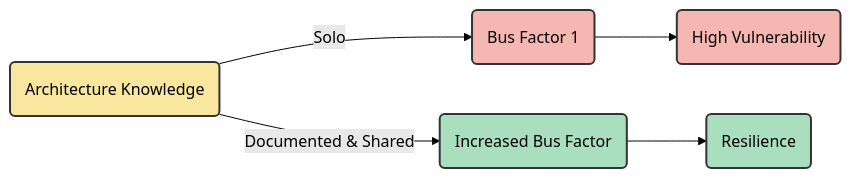
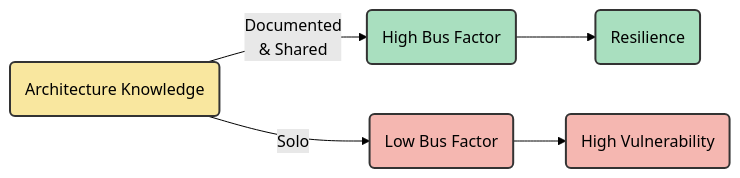
One commit to buckeye43210/markdown-to-snowkb changed the first of 11 diagrams in README.md. Above: the diagram before and after it, drawn with Mermaid (forest theme). The commit also changed other lines of this file, not shown here.

````diff
--- a/README.md
+++ b/README.md
@@ -94,16 +94,16 @@
 ```mermaid
 graph LR
     A(Architecture Knowledge)
-    A -->|Solo| B(Bus Factor 1)
+    A -->|Documented<br> & Shared| D(High Bus Factor)
+    D --> E(Resilience)
+    A -->|Solo| B(Low Bus Factor)
     B --> C(High Vulnerability)
-    A -->|Documented & Shared| D(Increased Bus Factor)
-    D --> E(Resilience)
 
     classDef neutral fill:#f9e79f,stroke:#333,stroke-width:2px;
     classDef low fill:#f5b7b1,stroke:#333,stroke-width:2px;
     classDef high fill:#a9dfbf,stroke:#333,stroke-width:2px;
 
     class A neutral;
     class B,C low;
     class D,E high;
 ```
````
